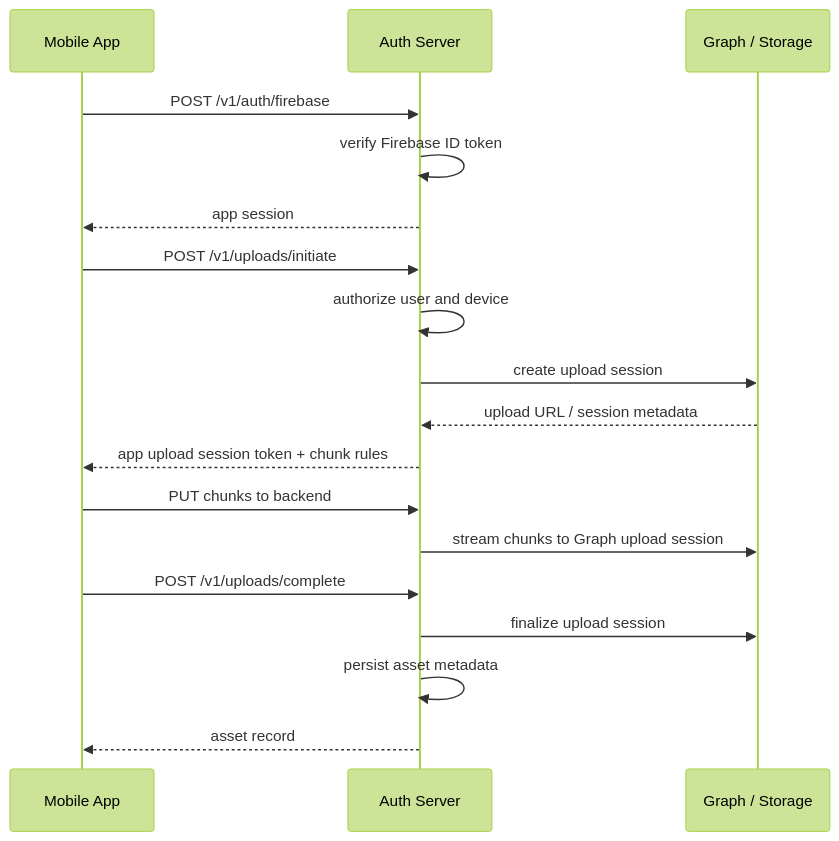
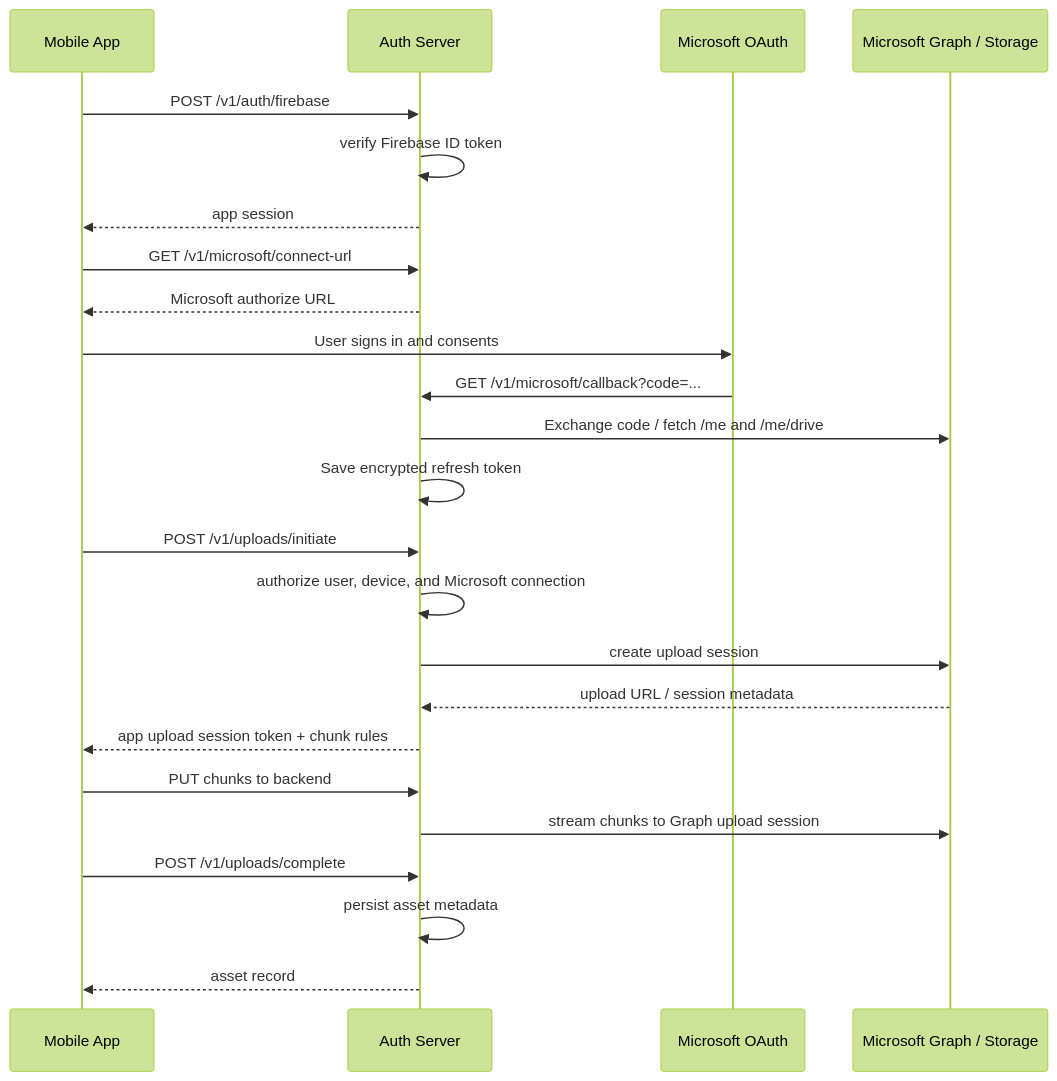
The diagram in docs/architecture.md (maruwtc/maru-photo), drawn with Mermaid (forest theme) before and after one commit. The commit also changed other lines of this file and 1 other file, not shown here.

Commit message:
doc: Update README and architecture documentation for clarity and current implementation details

````diff
--- a/docs/architecture.md
+++ b/docs/architecture.md
@@ -123,21 +132,27 @@
 ```mermaid
 sequenceDiagram
     participant M as Mobile App
     participant A as Auth Server
-    participant G as Graph / Storage
+    participant O as Microsoft OAuth
+    participant G as Microsoft Graph / Storage
 
     M->>A: POST /v1/auth/firebase
     A->>A: verify Firebase ID token
     A-->>M: app session
+    M->>A: GET /v1/microsoft/connect-url
+    A-->>M: Microsoft authorize URL
+    M->>O: User signs in and consents
+    O->>A: GET /v1/microsoft/callback?code=...
+    A->>G: Exchange code / fetch /me and /me/drive
+    A->>A: Save encrypted refresh token
     M->>A: POST /v1/uploads/initiate
-    A->>A: authorize user and device
+    A->>A: authorize user, device, and Microsoft connection
     A->>G: create upload session
     G-->>A: upload URL / session metadata
     A-->>M: app upload session token + chunk rules
     M->>A: PUT chunks to backend
     A->>G: stream chunks to Graph upload session
     M->>A: POST /v1/uploads/complete
-    A->>G: finalize upload session
     A->>A: persist asset metadata
     A-->>M: asset record
 ```
````
